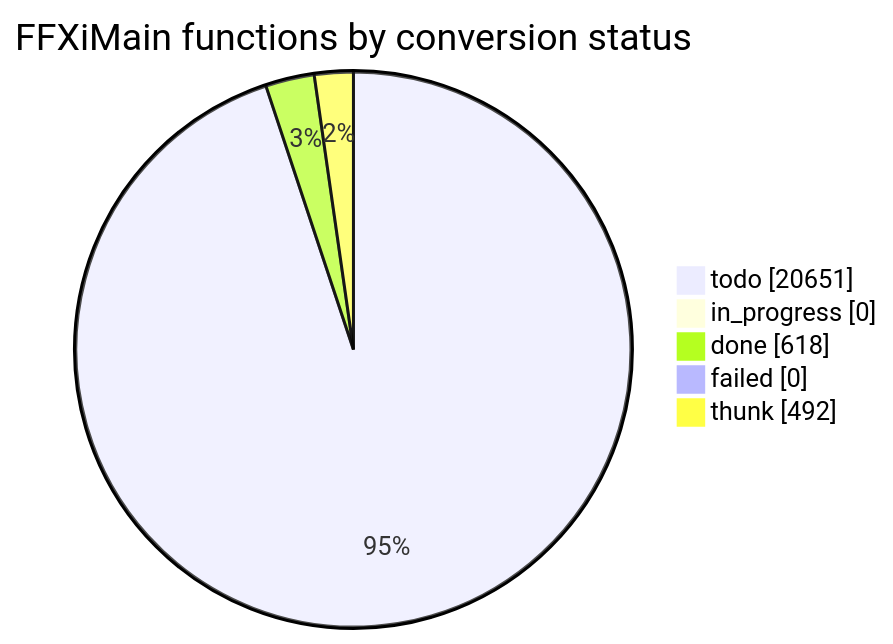
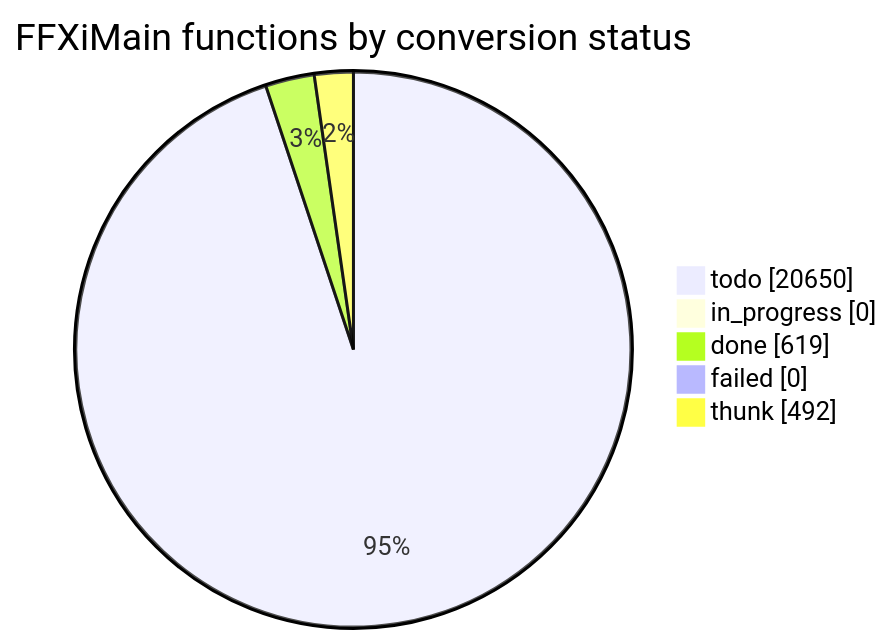
Before and after one commit to cowrevenge/cow_kuluu_xi_anything: the diagram in docs/cow/STATUS.md, drawn with Mermaid. The commit also changed other lines of this file and 9 other files, not shown here.

````diff
--- a/docs/cow/STATUS.md
+++ b/docs/cow/STATUS.md
@@ -18,9 +18,9 @@
 ```mermaid
 pie showData
     title FFXiMain functions by conversion status
-    "todo" : 20651
+    "todo" : 20650
     "in_progress" : 0
-    "done" : 618
+    "done" : 619
     "failed" : 0
     "thunk" : 492
 ```
````
